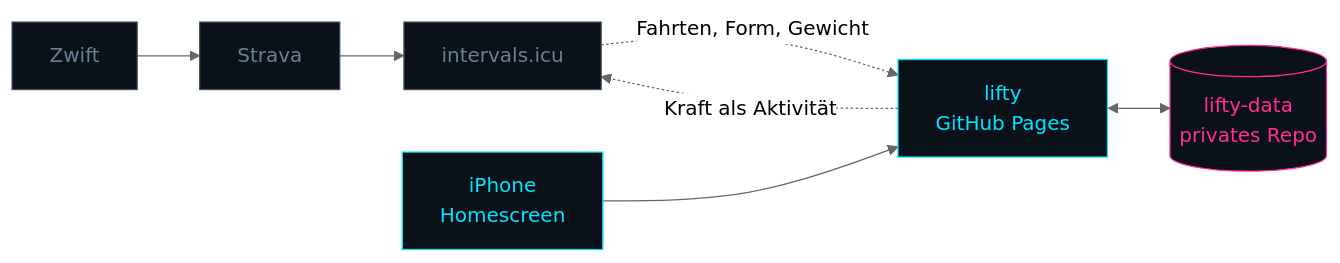
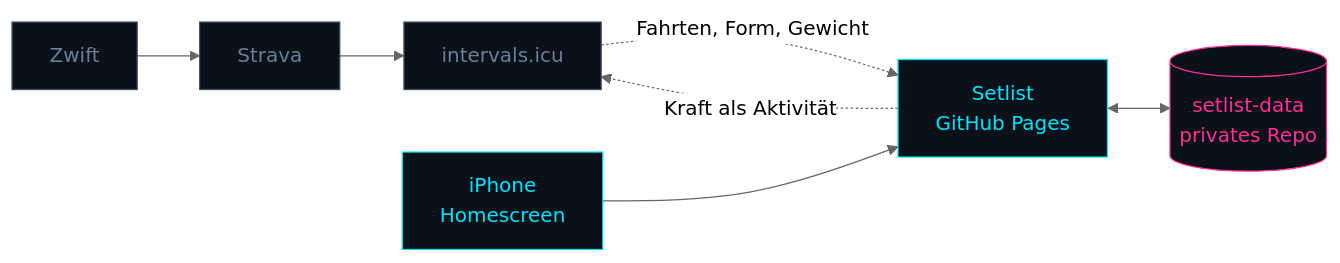
The first of 2 diagrams in README.md (cyphomat/lifty), drawn with Mermaid (neutral theme) before and after one commit. The commit also changed other lines of this file and 29 other files, not shown here.

First line of the commit message:
lifty heisst jetzt Setlist, und die App sieht aus wie ein Backline

````diff
--- a/README.md
+++ b/README.md
@@ -71,16 +71,16 @@
 ```mermaid
 flowchart LR
   Z["Zwift"] --> S["Strava"]
   S --> I["intervals.icu"]
   I -. Fahrten, Form, Gewicht .-> A
   A -. Kraft als Aktivität .-> I
-  A["lifty<br/>GitHub Pages"] <--> D[("lifty-data<br/>privates Repo")]
+  A["Setlist<br/>GitHub Pages"] <--> D[("setlist-data<br/>privates Repo")]
   P["iPhone<br/>Homescreen"] --> A
 
   classDef fremd fill:#0b1119,stroke:#3d4f63,color:#69809a
   classDef eigen fill:#0b1119,stroke:#00e5ff,color:#00e5ff
   classDef daten fill:#0b1119,stroke:#ff2d95,color:#ff2d95
   class Z,S,I fremd
   class A,P eigen
   class D daten
 ```
````
